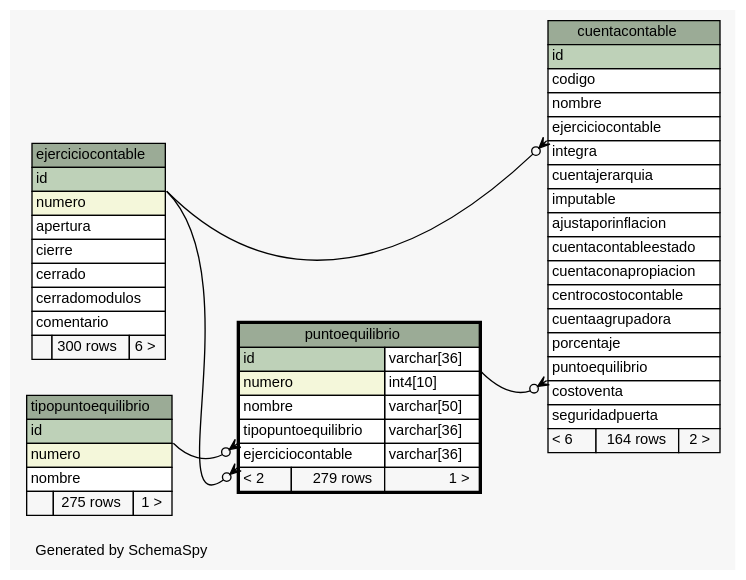
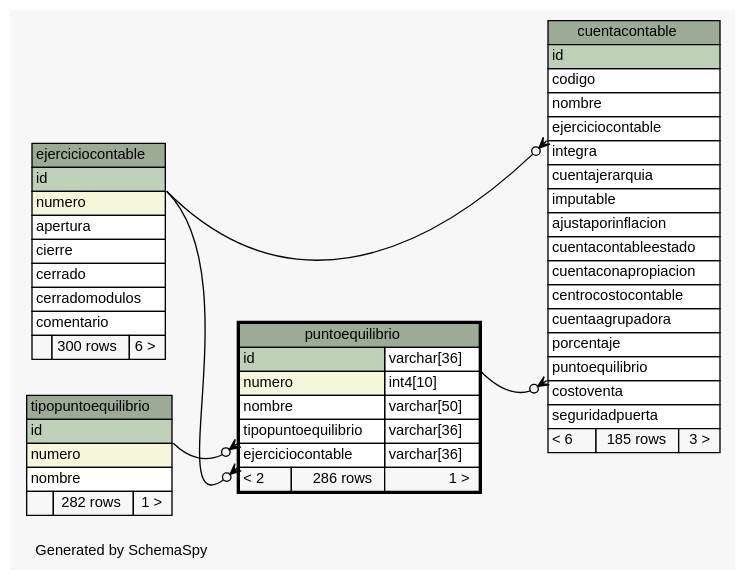
One commit to diegopablomansilla/massoftware_front changed the diagram in postgresql/schemaSpy/salida/diagrams/puntoequilibrio.1degree.dot. Above: the diagram before and after it, drawn with Graphviz. The commit also changed 546 other files, not shown here.

```diff
--- a/postgresql/schemaSpy/salida/diagrams/puntoequilibrio.1degree.dot
+++ b/postgresql/schemaSpy/salida/diagrams/puntoequilibrio.1degree.dot
@@ -1,93 +1,93 @@
 // dot 2.2.1 on Windows 10 10.0
 // SchemaSpy rev 590
 digraph "oneDegreeRelationshipsDiagram" {
   graph [
     rankdir="RL"
     bgcolor="#f7f7f7"
     label="\nGenerated by SchemaSpy"
     labeljust="l"
     nodesep="0.18"
     ranksep="0.46"
     fontname="Helvetica"
     fontsize="11"
   ];
   node [
     fontname="Helvetica"
     fontsize="11"
     shape="plaintext"
   ];
   edge [
     arrowsize="0.8"
   ];
   "cuentacontable":"ejerciciocontable":sw -> "ejerciciocontable":"id":se [arrowhead=none dir=back arrowtail=crowodot];
   "cuentacontable":"puntoequilibrio":sw -> "puntoequilibrio":"id.type":se [arrowhead=none dir=back arrowtail=crowodot];
   "puntoequilibrio":"ejerciciocontable":sw -> "ejerciciocontable":"id":se [arrowhead=none dir=back arrowtail=crowodot];
   "puntoequilibrio":"tipopuntoequilibrio":sw -> "tipopuntoequilibrio":"id":se [arrowhead=none dir=back arrowtail=crowodot];
   "cuentacontable" [
     label=<
     <TABLE BORDER="0" CELLBORDER="1" CELLSPACING="0" BGCOLOR="#ffffff">
       <TR><TD COLSPAN="3" BGCOLOR="#9bab96" ALIGN="CENTER">cuentacontable</TD></TR>
       <TR><TD PORT="id" COLSPAN="3" BGCOLOR="#bed1b8" ALIGN="LEFT">id</TD></TR>
       <TR><TD PORT="codigo" COLSPAN="3" ALIGN="LEFT">codigo</TD></TR>
       <TR><TD PORT="nombre" COLSPAN="3" ALIGN="LEFT">nombre</TD></TR>
       <TR><TD PORT="ejerciciocontable" COLSPAN="3" ALIGN="LEFT">ejerciciocontable</TD></TR>
       <TR><TD PORT="integra" COLSPAN="3" ALIGN="LEFT">integra</TD></TR>
       <TR><TD PORT="cuentajerarquia" COLSPAN="3" ALIGN="LEFT">cuentajerarquia</TD></TR>
       <TR><TD PORT="imputable" COLSPAN="3" ALIGN="LEFT">imputable</TD></TR>
       <TR><TD PORT="ajustaporinflacion" COLSPAN="3" ALIGN="LEFT">ajustaporinflacion</TD></TR>
       <TR><TD PORT="cuentacontableestado" COLSPAN="3" ALIGN="LEFT">cuentacontableestado</TD></TR>
       <TR><TD PORT="cuentaconapropiacion" COLSPAN="3" ALIGN="LEFT">cuentaconapropiacion</TD></TR>
       <TR><TD PORT="centrocostocontable" COLSPAN="3" ALIGN="LEFT">centrocostocontable</TD></TR>
       <TR><TD PORT="cuentaagrupadora" COLSPAN="3" ALIGN="LEFT">cuentaagrupadora</TD></TR>
       <TR><TD PORT="porcentaje" COLSPAN="3" ALIGN="LEFT">porcentaje</TD></TR>
       <TR><TD PORT="puntoequilibrio" COLSPAN="3" ALIGN="LEFT">puntoequilibrio</TD></TR>
       <TR><TD PORT="costoventa" COLSPAN="3" ALIGN="LEFT">costoventa</TD></TR>
       <TR><TD PORT="seguridadpuerta" COLSPAN="3" ALIGN="LEFT">seguridadpuerta</TD></TR>
-      <TR><TD ALIGN="LEFT" BGCOLOR="#f7f7f7">&lt; 6</TD><TD ALIGN="RIGHT" BGCOLOR="#f7f7f7">164 rows</TD><TD ALIGN="RIGHT" BGCOLOR="#f7f7f7">2 &gt;</TD></TR>
+      <TR><TD ALIGN="LEFT" BGCOLOR="#f7f7f7">&lt; 6</TD><TD ALIGN="RIGHT" BGCOLOR="#f7f7f7">185 rows</TD><TD ALIGN="RIGHT" BGCOLOR="#f7f7f7">3 &gt;</TD></TR>
     </TABLE>>
     URL="cuentacontable.html"
     tooltip="cuentacontable"
   ];
   "ejerciciocontable" [
     label=<
     <TABLE BORDER="0" CELLBORDER="1" CELLSPACING="0" BGCOLOR="#ffffff">
       <TR><TD COLSPAN="3" BGCOLOR="#9bab96" ALIGN="CENTER">ejerciciocontable</TD></TR>
       <TR><TD PORT="id" COLSPAN="3" BGCOLOR="#bed1b8" ALIGN="LEFT">id</TD></TR>
       <TR><TD PORT="numero" COLSPAN="3" BGCOLOR="#f4f7da" ALIGN="LEFT">numero</TD></TR>
       <TR><TD PORT="apertura" COLSPAN="3" ALIGN="LEFT">apertura</TD></TR>
       <TR><TD PORT="cierre" COLSPAN="3" ALIGN="LEFT">cierre</TD></TR>
       <TR><TD PORT="cerrado" COLSPAN="3" ALIGN="LEFT">cerrado</TD></TR>
       <TR><TD PORT="cerradomodulos" COLSPAN="3" ALIGN="LEFT">cerradomodulos</TD></TR>
       <TR><TD PORT="comentario" COLSPAN="3" ALIGN="LEFT">comentario</TD></TR>
       <TR><TD ALIGN="LEFT" BGCOLOR="#f7f7f7">  </TD><TD ALIGN="RIGHT" BGCOLOR="#f7f7f7">300 rows</TD><TD ALIGN="RIGHT" BGCOLOR="#f7f7f7">6 &gt;</TD></TR>
     </TABLE>>
     URL="ejerciciocontable.html"
     tooltip="ejerciciocontable"
   ];
   "puntoequilibrio" [
     label=<
     <TABLE BORDER="2" CELLBORDER="1" CELLSPACING="0" BGCOLOR="#ffffff">
       <TR><TD COLSPAN="3" BGCOLOR="#9bab96" ALIGN="CENTER">puntoequilibrio</TD></TR>
       <TR><TD PORT="id" COLSPAN="2" BGCOLOR="#bed1b8" ALIGN="LEFT">id</TD><TD PORT="id.type" ALIGN="LEFT">varchar[36]</TD></TR>
       <TR><TD PORT="numero" COLSPAN="2" BGCOLOR="#f4f7da" ALIGN="LEFT">numero</TD><TD PORT="numero.type" ALIGN="LEFT">int4[10]</TD></TR>
       <TR><TD PORT="nombre" COLSPAN="2" ALIGN="LEFT">nombre</TD><TD PORT="nombre.type" ALIGN="LEFT">varchar[50]</TD></TR>
       <TR><TD PORT="tipopuntoequilibrio" COLSPAN="2" ALIGN="LEFT">tipopuntoequilibrio</TD><TD PORT="tipopuntoequilibrio.type" ALIGN="LEFT">varchar[36]</TD></TR>
       <TR><TD PORT="ejerciciocontable" COLSPAN="2" ALIGN="LEFT">ejerciciocontable</TD><TD PORT="ejerciciocontable.type" ALIGN="LEFT">varchar[36]</TD></TR>
-      <TR><TD ALIGN="LEFT" BGCOLOR="#f7f7f7">&lt; 2</TD><TD ALIGN="RIGHT" BGCOLOR="#f7f7f7">279 rows</TD><TD ALIGN="RIGHT" BGCOLOR="#f7f7f7">1 &gt;</TD></TR>
+      <TR><TD ALIGN="LEFT" BGCOLOR="#f7f7f7">&lt; 2</TD><TD ALIGN="RIGHT" BGCOLOR="#f7f7f7">286 rows</TD><TD ALIGN="RIGHT" BGCOLOR="#f7f7f7">1 &gt;</TD></TR>
     </TABLE>>
     URL="puntoequilibrio.html"
     tooltip="puntoequilibrio"
   ];
   "tipopuntoequilibrio" [
     label=<
     <TABLE BORDER="0" CELLBORDER="1" CELLSPACING="0" BGCOLOR="#ffffff">
       <TR><TD COLSPAN="3" BGCOLOR="#9bab96" ALIGN="CENTER">tipopuntoequilibrio</TD></TR>
       <TR><TD PORT="id" COLSPAN="3" BGCOLOR="#bed1b8" ALIGN="LEFT">id</TD></TR>
       <TR><TD PORT="numero" COLSPAN="3" BGCOLOR="#f4f7da" ALIGN="LEFT">numero</TD></TR>
       <TR><TD PORT="nombre" COLSPAN="3" ALIGN="LEFT">nombre</TD></TR>
-      <TR><TD ALIGN="LEFT" BGCOLOR="#f7f7f7">  </TD><TD ALIGN="RIGHT" BGCOLOR="#f7f7f7">275 rows</TD><TD ALIGN="RIGHT" BGCOLOR="#f7f7f7">1 &gt;</TD></TR>
+      <TR><TD ALIGN="LEFT" BGCOLOR="#f7f7f7">  </TD><TD ALIGN="RIGHT" BGCOLOR="#f7f7f7">282 rows</TD><TD ALIGN="RIGHT" BGCOLOR="#f7f7f7">1 &gt;</TD></TR>
     </TABLE>>
     URL="tipopuntoequilibrio.html"
     tooltip="tipopuntoequilibrio"
   ];
 }
```
